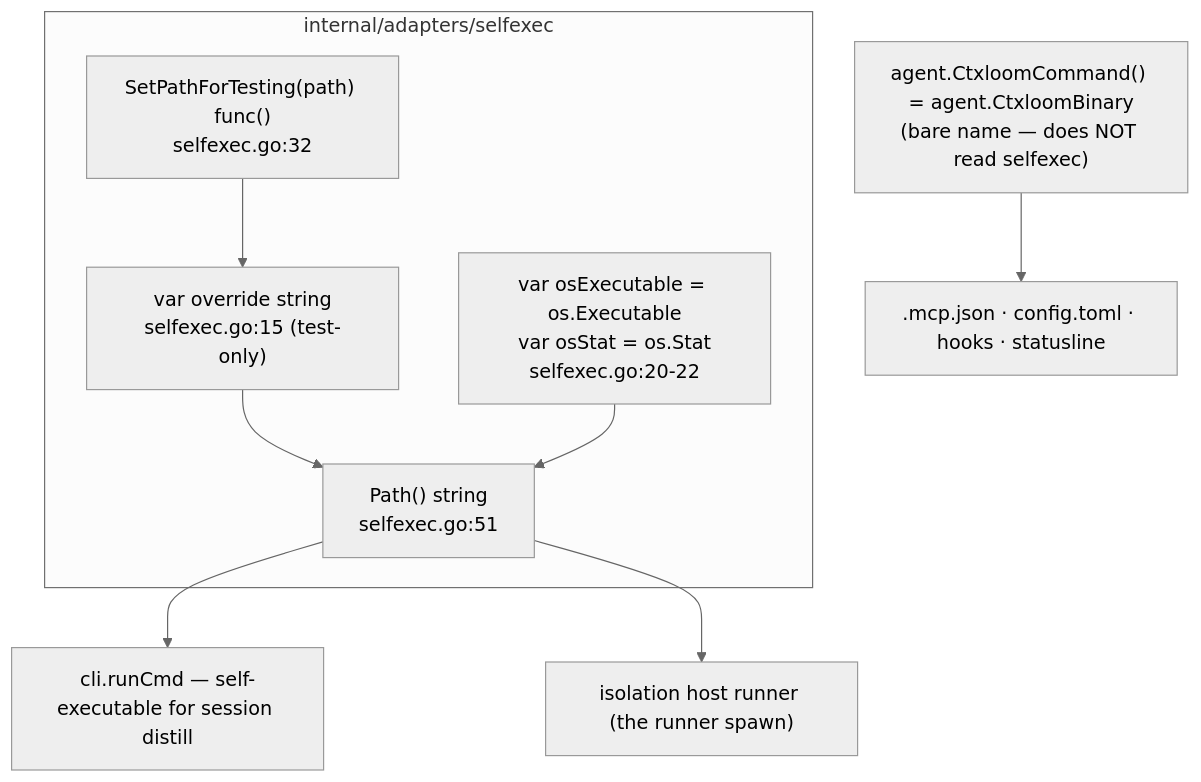
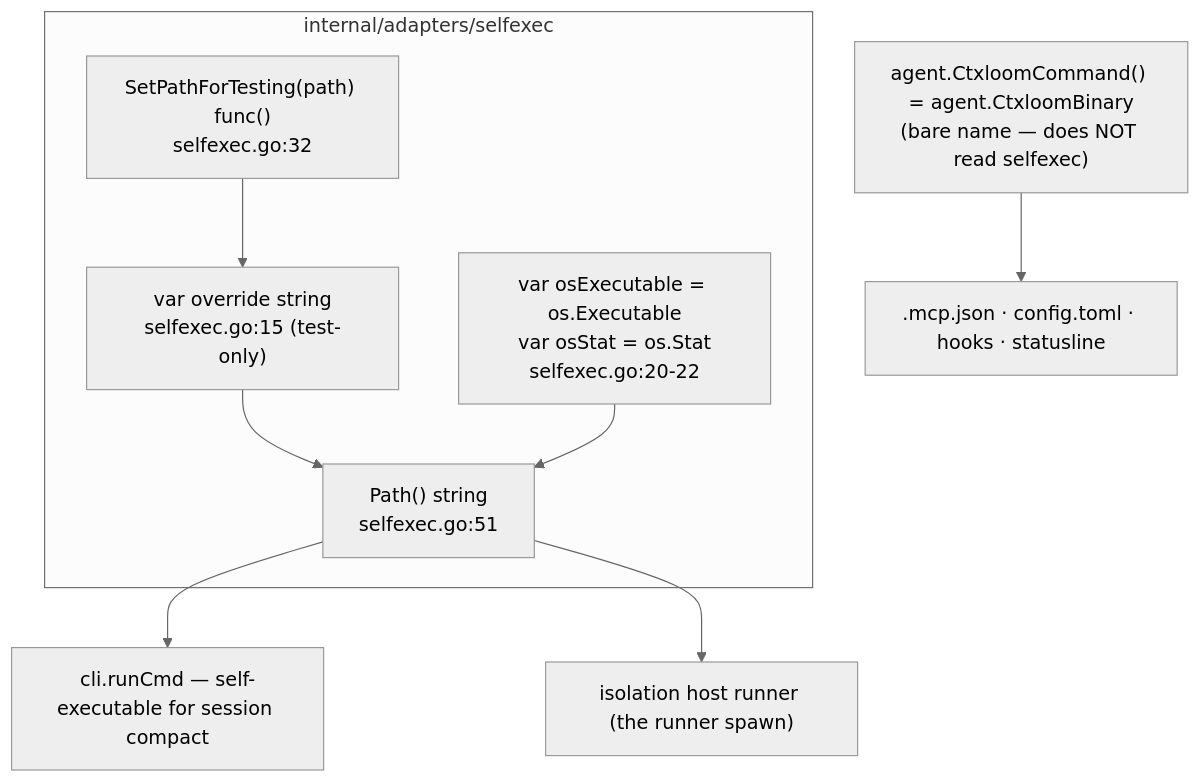
One commit to ctxloom/ctxloom changed the diagram in docs/architecture/companions/selfexec.md. Above: the diagram before and after it, drawn with Mermaid (neutral theme). The commit also changed 55 other files, not shown here.

First line of the commit message:
test,docs: session-side acceptance, docs and references say compact

````diff
--- a/docs/architecture/companions/selfexec.md
+++ b/docs/architecture/companions/selfexec.md
@@ -24,17 +24,17 @@
 ```mermaid
 flowchart TD
   subgraph unit["internal/adapters/selfexec"]
     OVR["var override string<br/>selfexec.go:15 (test-only)"]
     SEAM["var osExecutable = os.Executable<br/>var osStat = os.Stat<br/>selfexec.go:20-22"]
     PATH["Path() string<br/>selfexec.go:51"]
     SET["SetPathForTesting(path) func()<br/>selfexec.go:32"]
     SET --> OVR --> PATH
     SEAM --> PATH
   end
 
-  PATH --> RUN["cli.runCmd — self-executable for session distill"]
+  PATH --> RUN["cli.runCmd — self-executable for session compact"]
   PATH --> ISO["isolation host runner (the runner spawn)"]
 
   CC["agent.CtxloomCommand() = agent.CtxloomBinary<br/>(bare name — does NOT read selfexec)"]
   CC --> SURF[".mcp.json · config.toml · hooks · statusline"]
 ```
````
